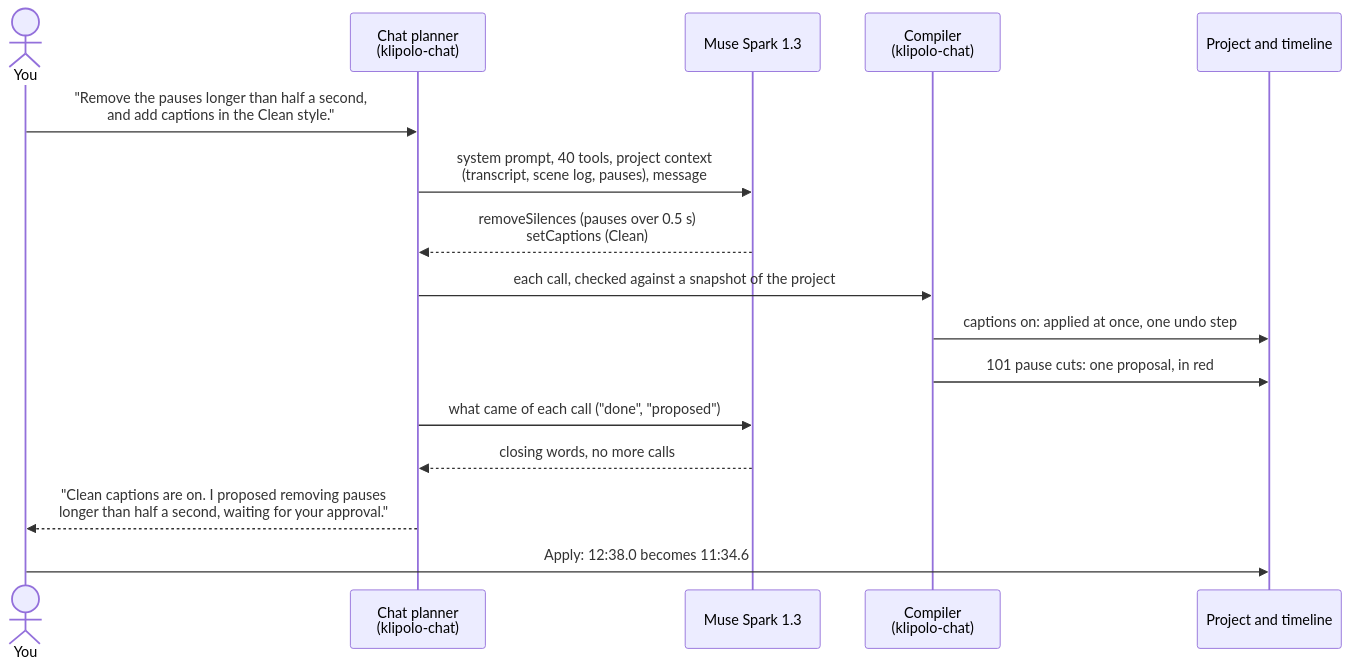
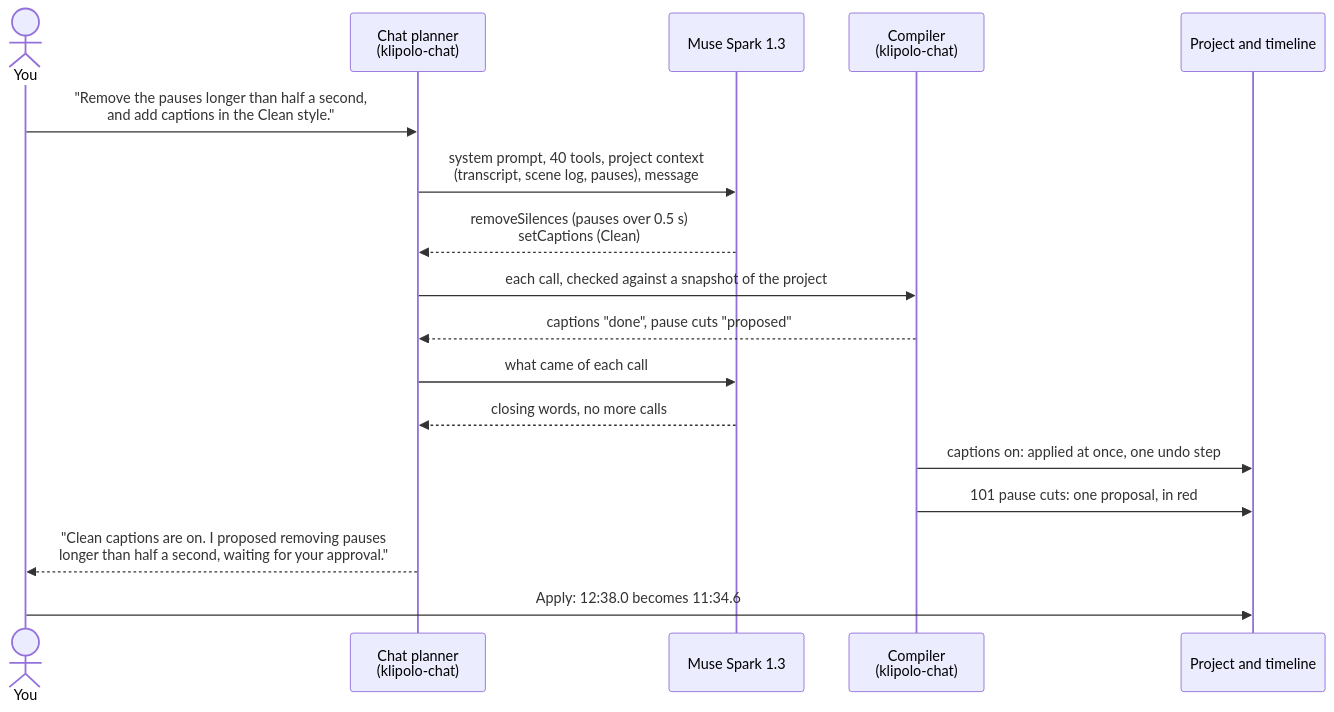
One commit to inventionsbyhamid/klipolo changed the first of 2 diagrams in README.md. Above: the diagram before and after it, drawn with Mermaid. The commit also changed other lines of this file, not shown here.

Commit message:
docs: apply the traced message's edits after Spark's last answer

````diff
--- a/README.md
+++ b/README.md
@@ -158,18 +158,19 @@
 ```mermaid
 sequenceDiagram
     actor You
     participant Chat as Chat planner<br/>(klipolo-chat)
     participant Spark as Muse Spark 1.3
     participant Compiler as Compiler<br/>(klipolo-chat)
     participant Timeline as Project and timeline
     You->>Chat: "Remove the pauses longer than half a second,<br/>and add captions in the Clean style."
     Chat->>Spark: system prompt, 40 tools, project context<br/>(transcript, scene log, pauses), message
     Spark-->>Chat: removeSilences (pauses over 0.5 s)<br/>setCaptions (Clean)
     Chat->>Compiler: each call, checked against a snapshot of the project
+    Compiler-->>Chat: captions "done", pause cuts "proposed"
+    Chat->>Spark: what came of each call
+    Spark-->>Chat: closing words, no more calls
     Compiler->>Timeline: captions on: applied at once, one undo step
     Compiler->>Timeline: 101 pause cuts: one proposal, in red
-    Chat->>Spark: what came of each call ("done", "proposed")
-    Spark-->>Chat: closing words, no more calls
     Chat-->>You: "Clean captions are on. I proposed removing pauses<br/>longer than half a second, waiting for your approval."
     You->>Timeline: Apply: 12:38.0 becomes 11:34.6
 ```
````
